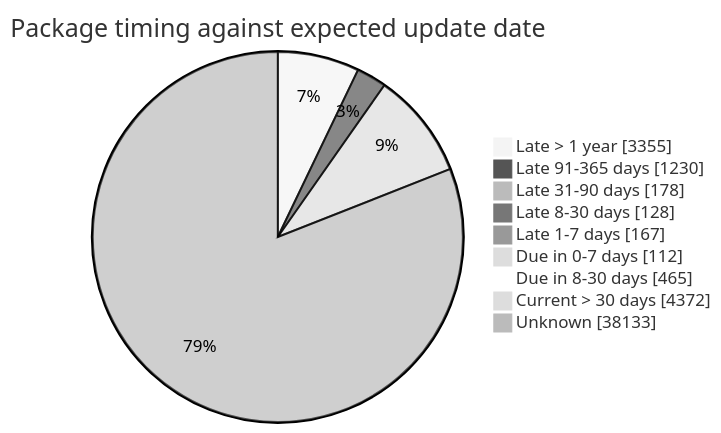
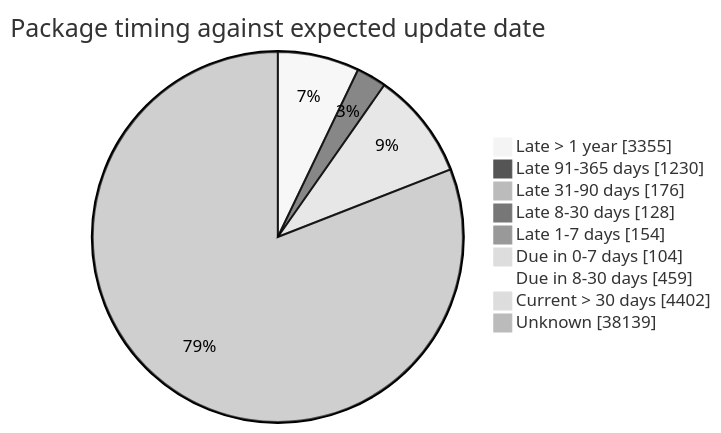
Before and after one commit to open-data/analytics-corporate-reporting: the fourth of 5 diagrams in FreshCheck/README.md, drawn with Mermaid (neutral theme). The commit also changed other lines of this file and 3 other files, not shown here.

````diff
--- a/FreshCheck/README.md
+++ b/FreshCheck/README.md
@@ -86,12 +86,12 @@
 ```mermaid
 pie showData title Package timing against expected update date
     "Late > 1 year": 3355
     "Late 91-365 days": 1230
-    "Late 31-90 days": 178
+    "Late 31-90 days": 176
     "Late 8-30 days": 128
-    "Late 1-7 days": 167
-    "Due in 0-7 days": 112
-    "Due in 8-30 days": 465
-    "Current > 30 days": 4372
-    "Unknown": 38133
+    "Late 1-7 days": 154
+    "Due in 0-7 days": 104
+    "Due in 8-30 days": 459
+    "Current > 30 days": 4402
+    "Unknown": 38139
 ```
````
